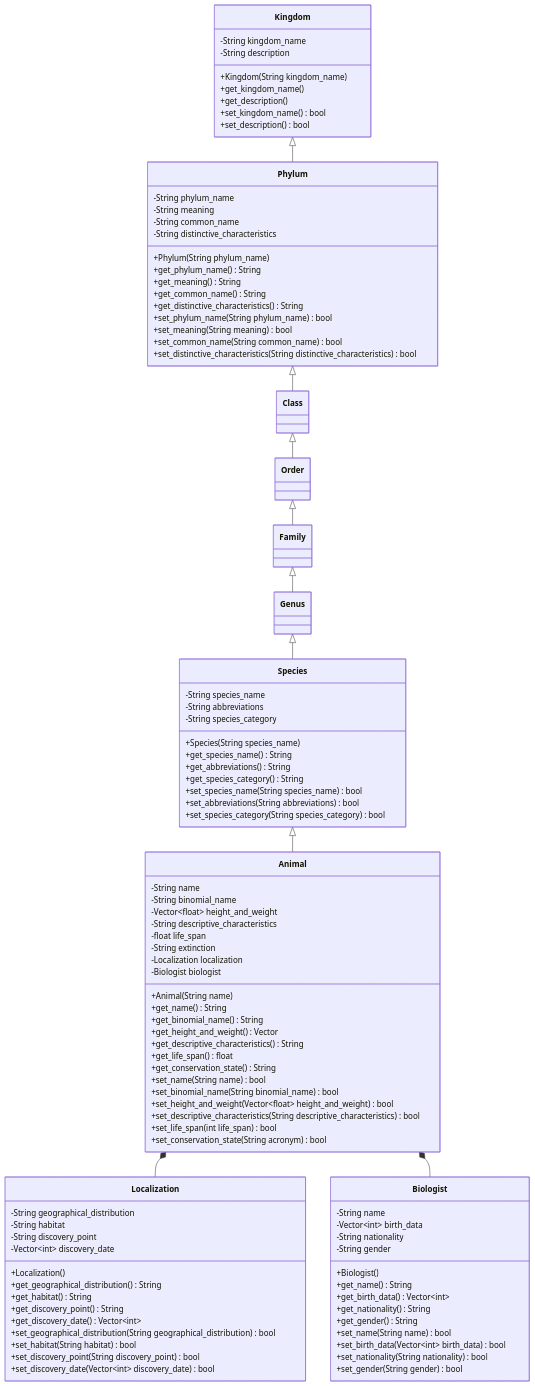
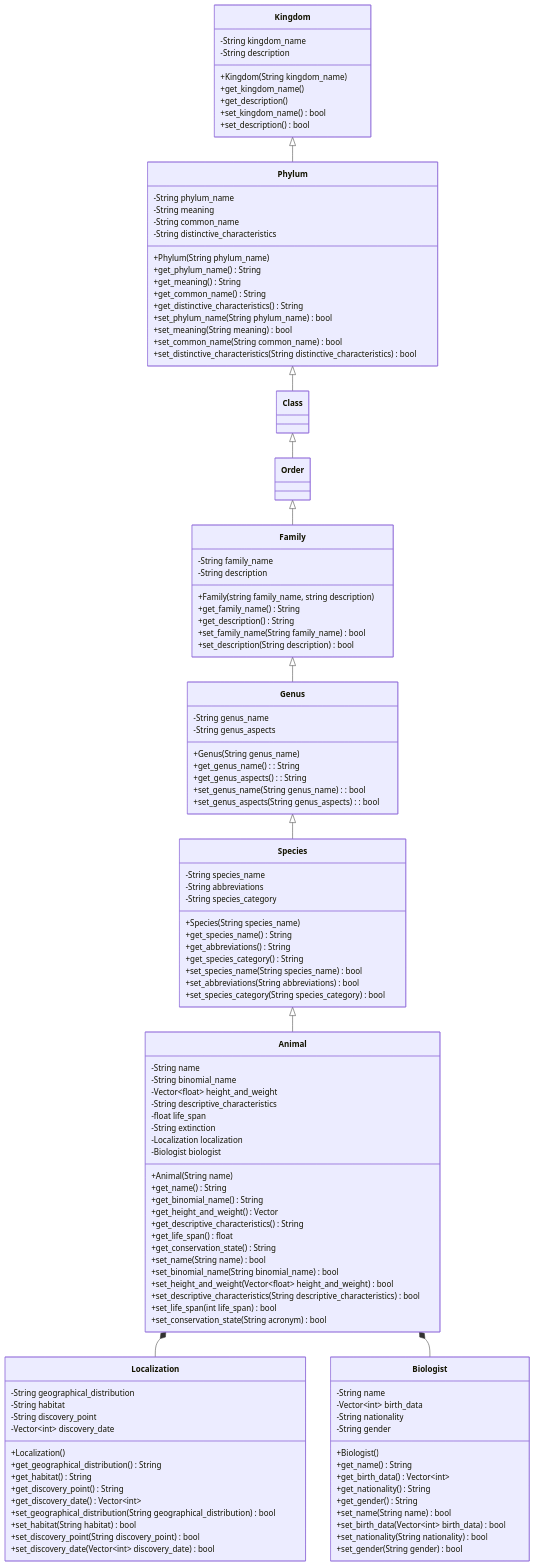
The diagram in README.md (lukaian-k/assignment_POO), drawn with Mermaid before and after one commit.

Commit message:
add Genus e Family no UML

```diff
--- a/README.md
+++ b/README.md
@@ -37,7 +37,29 @@
 		+set_common_name(String common_name) bool
 		+set_distinctive_characteristics(String distinctive_characteristics) bool
 		}
+	
+	class Family {
+		-String family_name
+		-String description
+		
+		+Family(string family_name, string description)
+		+get_family_name() String
+		+get_description() String
+		+set_family_name(String family_name) bool
+		+set_description(String description) bool
+		}
+	
+	class Genus {
+		-String genus_name
+		-String genus_aspects
 
+		+Genus(String genus_name)
+		+get_genus_name() : String
+		+get_genus_aspects() : String
+		+set_genus_name(String genus_name) : bool
+		+set_genus_aspects(String genus_aspects) : bool
+		}
+		
 	class Species {
 		-String species_name
 		-String abbreviations
```
